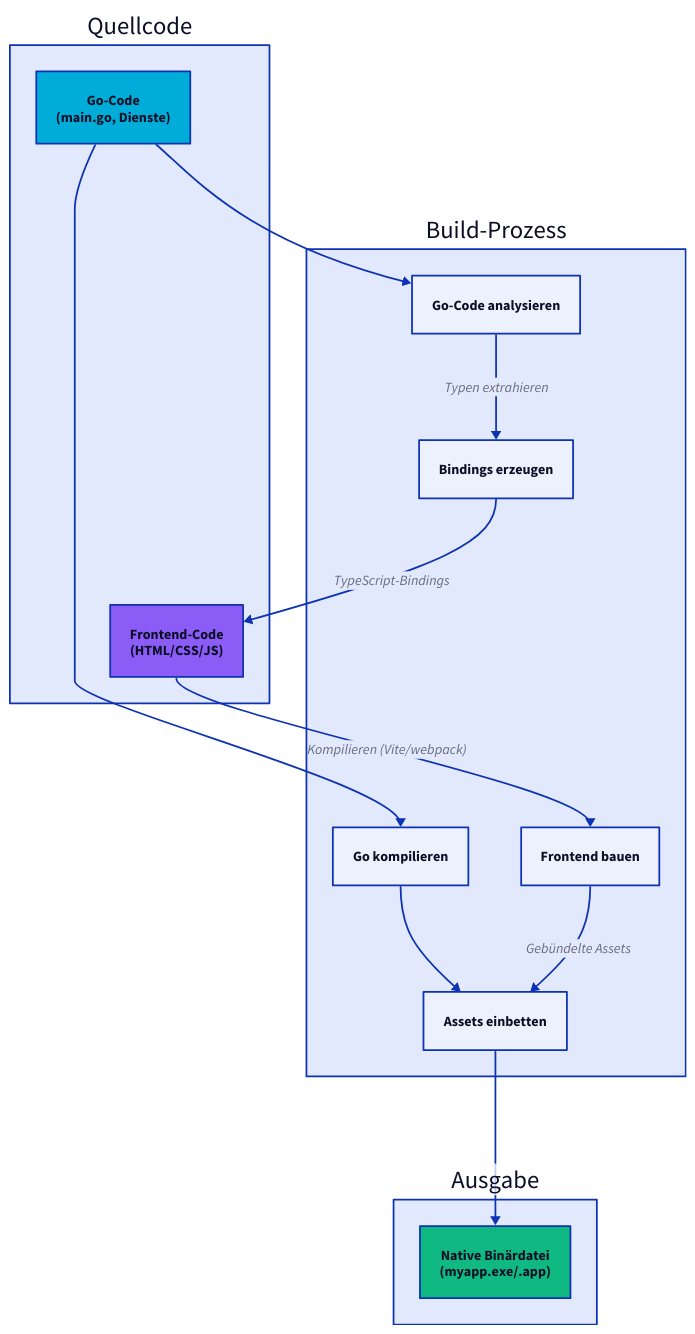
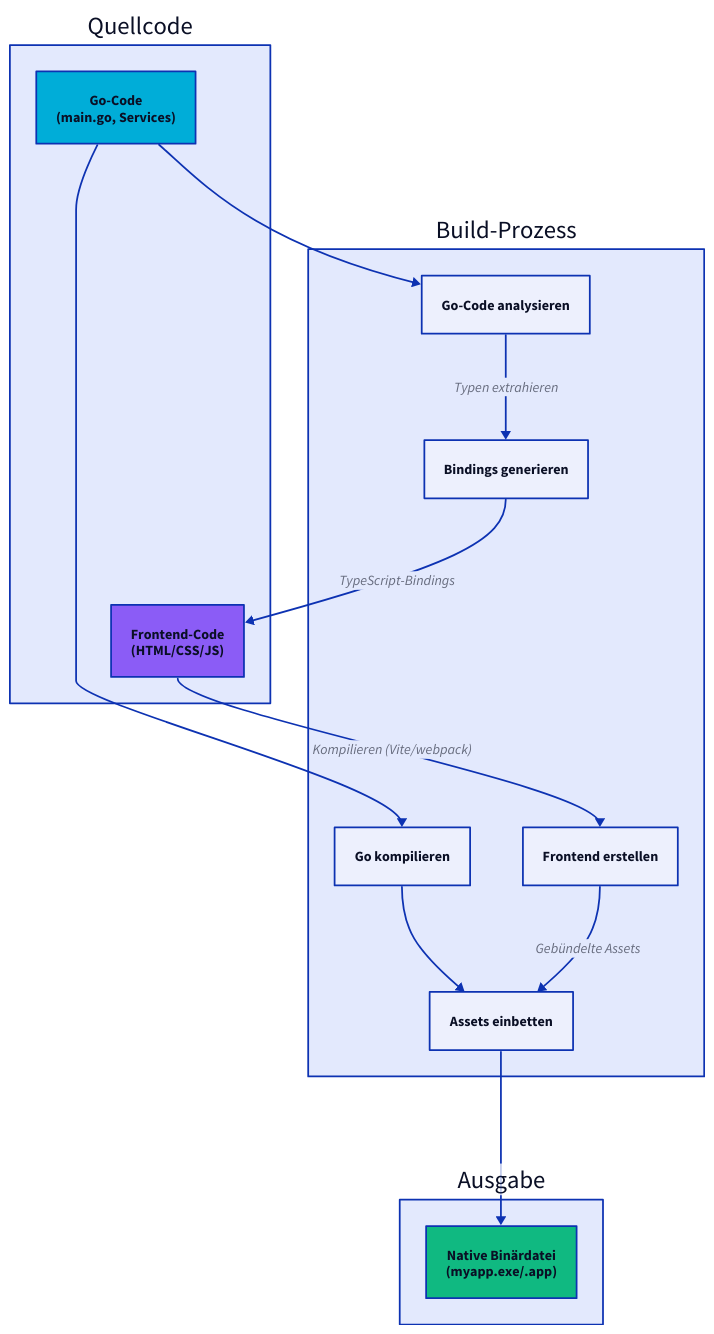
The fifth of 8 diagrams in docs/mpress/content/de/concepts/architecture.md (wailsapp/wails), drawn with D2 before and after one commit. The commit also changed other lines of this file and 1096 other files, not shown here.

````diff
--- a/docs/mpress/content/de/concepts/architecture.md
+++ b/docs/mpress/content/de/concepts/architecture.md
@@ -343,53 +343,53 @@
 ```d2
 direction: down
 
 Source: Quellcode {
-  Go: "Go-Code\n(main.go, Dienste)" {
+  Go: "Go-Code\n(main.go, Services)" {
     shape: rectangle
     style.fill: "#00ADD8"
   }
 
   Frontend: "Frontend-Code\n(HTML/CSS/JS)" {
     shape: rectangle
     style.fill: "#8B5CF6"
   }
 }
 
 Build: Build-Prozess {
   AnalyseGo: Go-Code analysieren {
     shape: rectangle
   }
 
-  GenerateBindings: Bindings erzeugen {
+  GenerateBindings: Bindings generieren {
     shape: rectangle
   }
 
-  BuildFrontend: Frontend bauen {
+  BuildFrontend: Frontend erstellen {
     shape: rectangle
   }
 
   CompileGo: Go kompilieren {
     shape: rectangle
   }
 
   Embed: Assets einbetten {
     shape: rectangle
   }
 }
 
 Output: Ausgabe {
   Binary: "Native Binärdatei\n(myapp.exe/.app)" {
     shape: rectangle
     style.fill: "#10B981"
   }
 }
 
 Source.Go -> Build.AnalyseGo
 Build.AnalyseGo -> Build.GenerateBindings: Typen extrahieren
 Build.GenerateBindings -> Source.Frontend: TypeScript-Bindings
 Source.Frontend -> Build.BuildFrontend: Kompilieren (Vite/webpack)
 Build.BuildFrontend -> Build.Embed: Gebündelte Assets
 Source.Go -> Build.CompileGo
 Build.CompileGo -> Build.Embed
 Build.Embed -> Output.Binary
 ```
````
